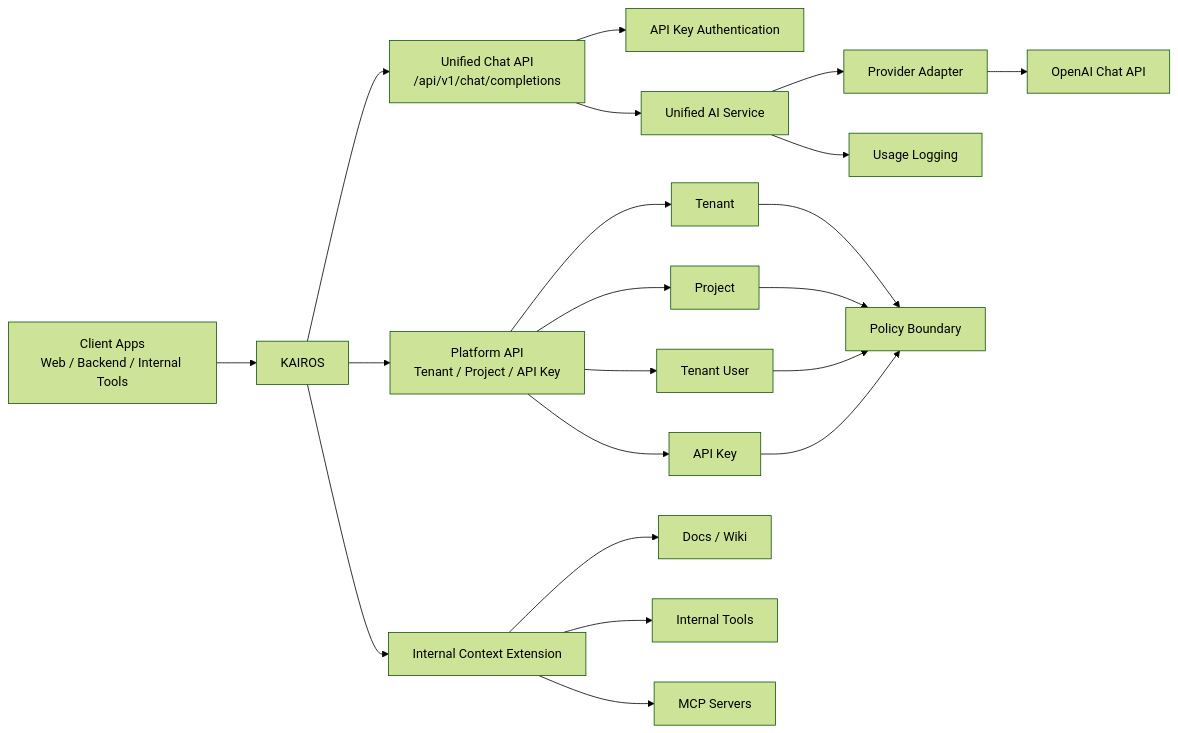
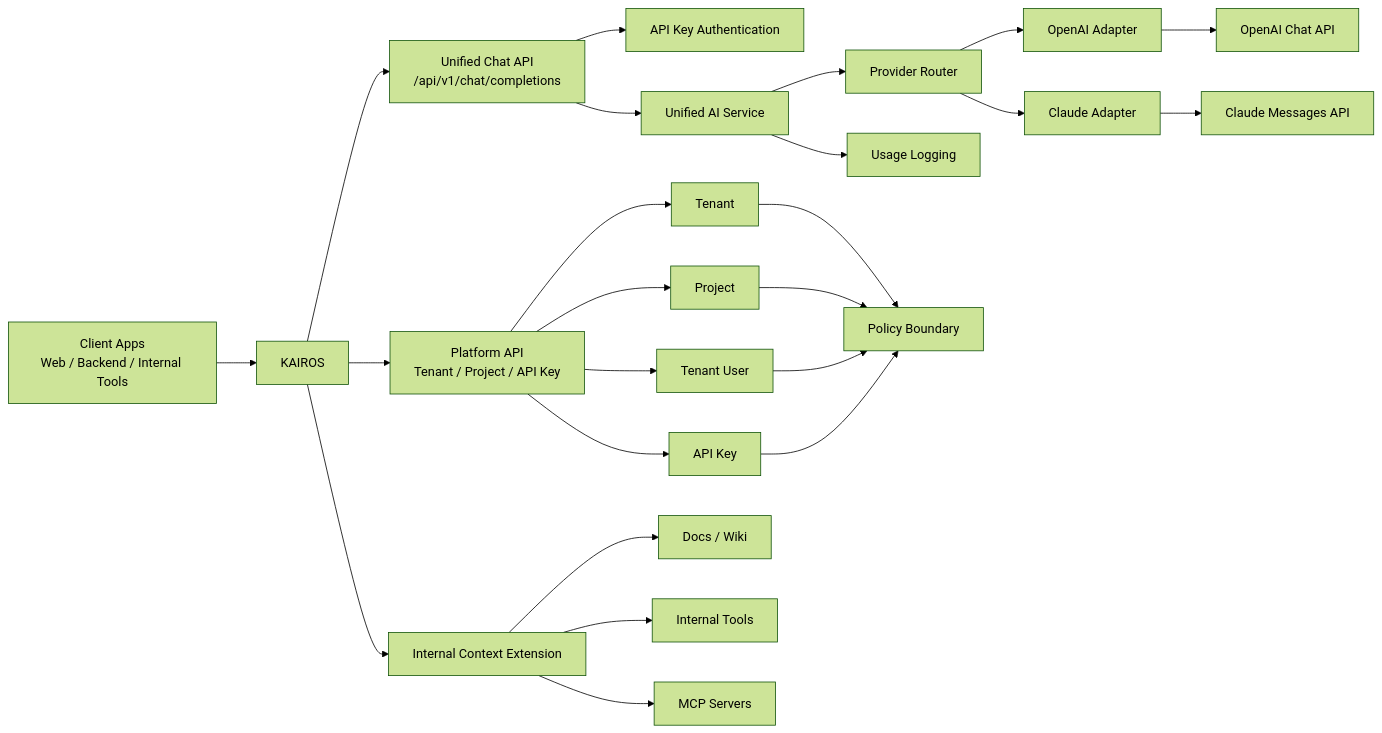
One commit to Drawjustin/KAIROS changed the diagram in kairos/README.md. Above: the diagram before and after it, drawn with Mermaid (forest theme). The commit also changed other lines of this file and 15 other files, not shown here.

Commit message:
feat: ClaudeAPI Claude API 연결

````diff
--- a/kairos/README.md
+++ b/kairos/README.md
@@ -15,29 +15,32 @@
 ```mermaid
 flowchart LR
     A["Client Apps<br/>Web / Backend / Internal Tools"] --> B["KAIROS"]
 
     B --> C["Unified Chat API<br/>/api/v1/chat/completions"]
     B --> D["Platform API<br/>Tenant / Project / API Key"]
 
     C --> E["API Key Authentication"]
     C --> F["Unified AI Service"]
-    F --> G["Provider Adapter"]
-    G --> H["OpenAI Chat API"]
+    F --> G["Provider Router"]
+    G --> H["OpenAI Adapter"]
+    G --> I["Claude Adapter"]
+    H --> J["OpenAI Chat API"]
+    I --> K["Claude Messages API"]
 
-    F --> I["Usage Logging"]
+    F --> L["Usage Logging"]
 
-    D --> J["Tenant"]
-    D --> K["Project"]
-    D --> L["Tenant User"]
-    D --> M["API Key"]
+    D --> M["Tenant"]
+    D --> N["Project"]
+    D --> O["Tenant User"]
+    D --> P["API Key"]
 
-    B --> N["Internal Context Extension"]
-    N --> O["Docs / Wiki"]
-    N --> P["Internal Tools"]
-    N --> Q["MCP Servers"]
+    B --> Q["Internal Context Extension"]
+    Q --> R["Docs / Wiki"]
+    Q --> S["Internal Tools"]
+    Q --> T["MCP Servers"]
 
-    J --> R["Policy Boundary"]
-    K --> R
-    L --> R
-    M --> R
+    M --> U["Policy Boundary"]
+    N --> U
+    O --> U
+    P --> U
 ```
````
